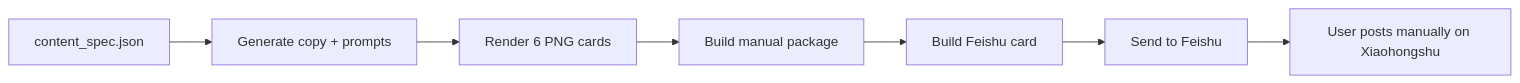
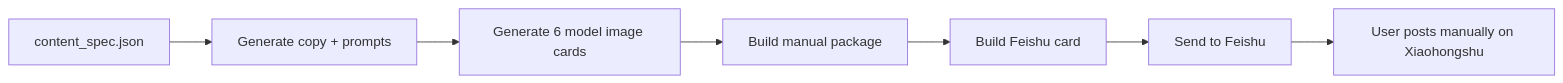
Before and after one commit to nulideurijah-creator/xhs-feishu-delivery: the diagram in README.md, drawn with Mermaid. The commit also changed other lines of this file and 9 other files, not shown here.

Commit message:
Use model-generated cards instead of local renderer

````diff
--- a/README.md
+++ b/README.md
@@ -19,9 +20,9 @@
 ```mermaid
 flowchart LR
   A["content_spec.json"] --> B["Generate copy + prompts"]
-  B --> C["Render 6 PNG cards"]
+  B --> C["Generate 6 model image cards"]
   C --> D["Build manual package"]
   D --> E["Build Feishu card"]
   E --> F["Send to Feishu"]
   F --> G["User posts manually on Xiaohongshu"]
 ```
````
